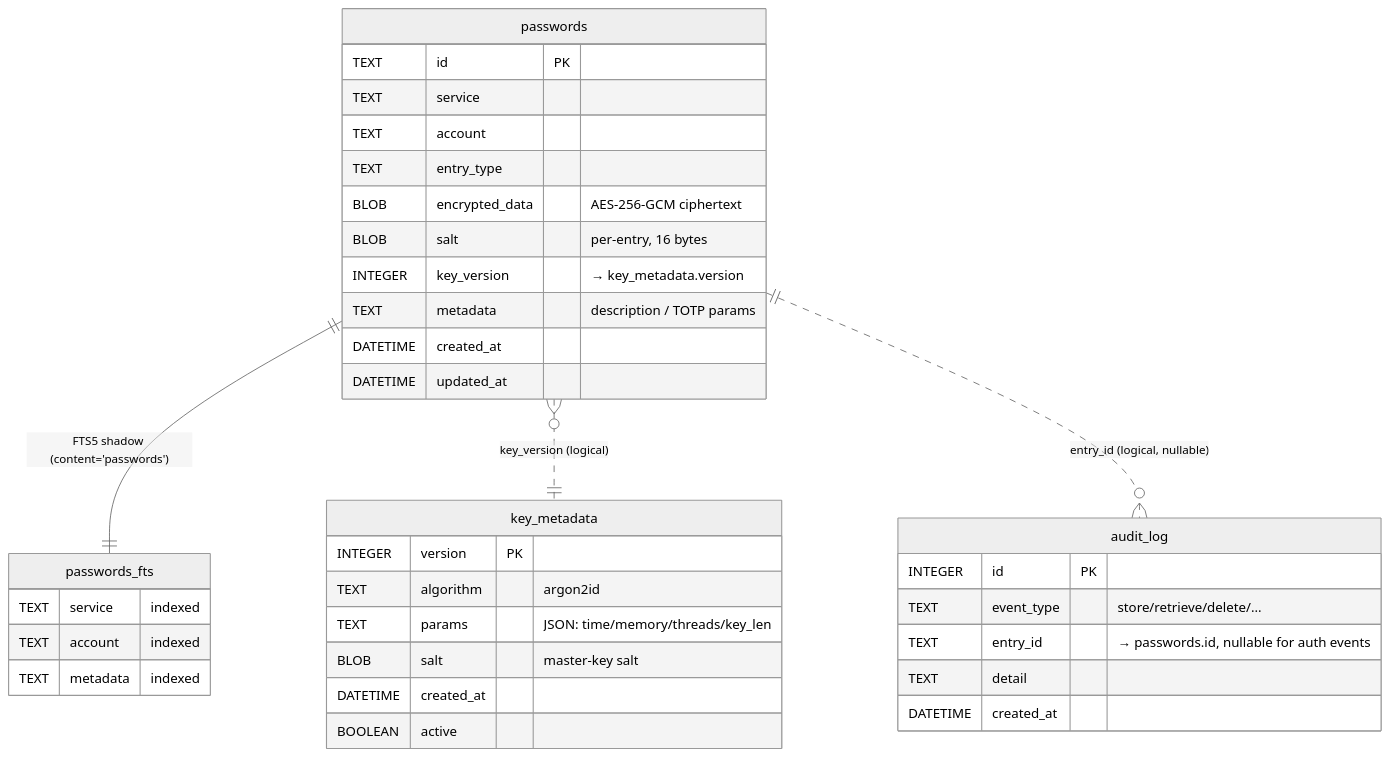
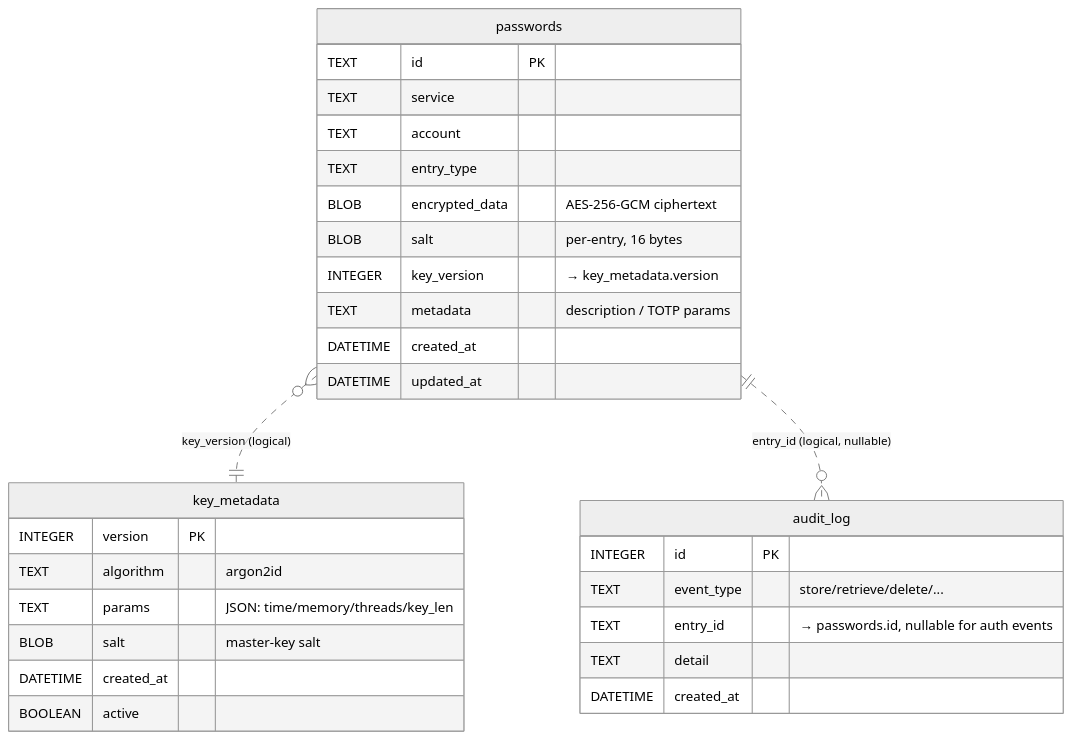
One commit to bashhack/sesh changed the second of 2 diagrams in docs/ARCHITECTURE.md. Above: the diagram before and after it, drawn with Mermaid. The commit also changed other lines of this file and 2 other files, not shown here.

Commit message:
drop the unused full-text search index and its triggers in schema version 4

````diff
--- a/docs/ARCHITECTURE.md
+++ b/docs/ARCHITECTURE.md
@@ -274,43 +274,36 @@
 ```mermaid
 %%{init: {'theme': 'neutral'}}%%
 erDiagram
-    passwords ||--|| passwords_fts : "FTS5 shadow (content='passwords')"
     passwords }o..|| key_metadata : "key_version (logical)"
     passwords ||..o{ audit_log : "entry_id (logical, nullable)"
 
     passwords {
         TEXT id PK
         TEXT service
         TEXT account
         TEXT entry_type
         BLOB encrypted_data "AES-256-GCM ciphertext"
         BLOB salt "per-entry, 16 bytes"
         INTEGER key_version "→ key_metadata.version"
         TEXT metadata "description / TOTP params"
         DATETIME created_at
         DATETIME updated_at
     }
 
     key_metadata {
         INTEGER version PK
         TEXT algorithm "argon2id"
         TEXT params "JSON: time/memory/threads/key_len"
         BLOB salt "master-key salt"
         DATETIME created_at
         BOOLEAN active
     }
 
     audit_log {
         INTEGER id PK
         TEXT event_type "store/retrieve/delete/..."
         TEXT entry_id "→ passwords.id, nullable for auth events"
         TEXT detail
         DATETIME created_at
     }
-
-    passwords_fts {
-        TEXT service "indexed"
-        TEXT account "indexed"
-        TEXT metadata "indexed"
-    }
 ```
````
